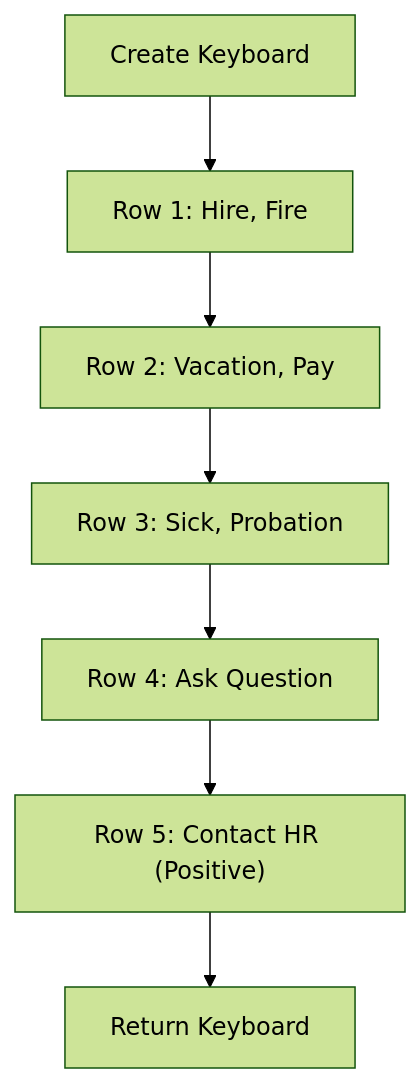
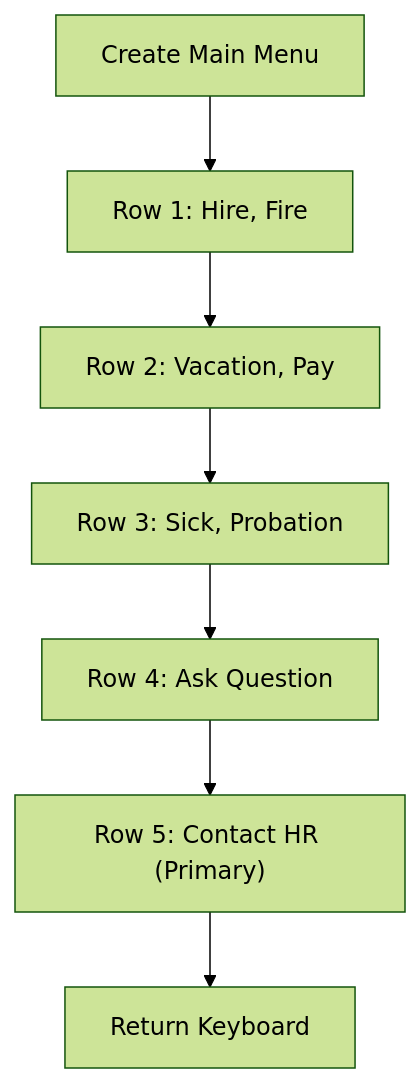
Before and after one commit to ognelis/cafetera_hr_bot: the fifth of 10 diagrams in .qoder/repowiki/en/content/Keyboard System.md, drawn with Mermaid (forest theme). The commit also changed other lines of this file and 15 other files, not shown here.

````diff
--- a/.qoder/repowiki/en/content/Keyboard System.md
+++ b/.qoder/repowiki/en/content/Keyboard System.md
@@ -211,9 +230,9 @@
 ```mermaid
 flowchart TD
-A["Create Keyboard"] --> B["Row 1: Hire, Fire"]
+A["Create Main Menu"] --> B["Row 1: Hire, Fire"]
 B --> C["Row 2: Vacation, Pay"]
 C --> D["Row 3: Sick, Probation"]
 D --> E["Row 4: Ask Question"]
-E --> F["Row 5: Contact HR (Positive)"]
+E --> F["Row 5: Contact HR (Primary)"]
 F --> G["Return Keyboard"]
 ```
````
